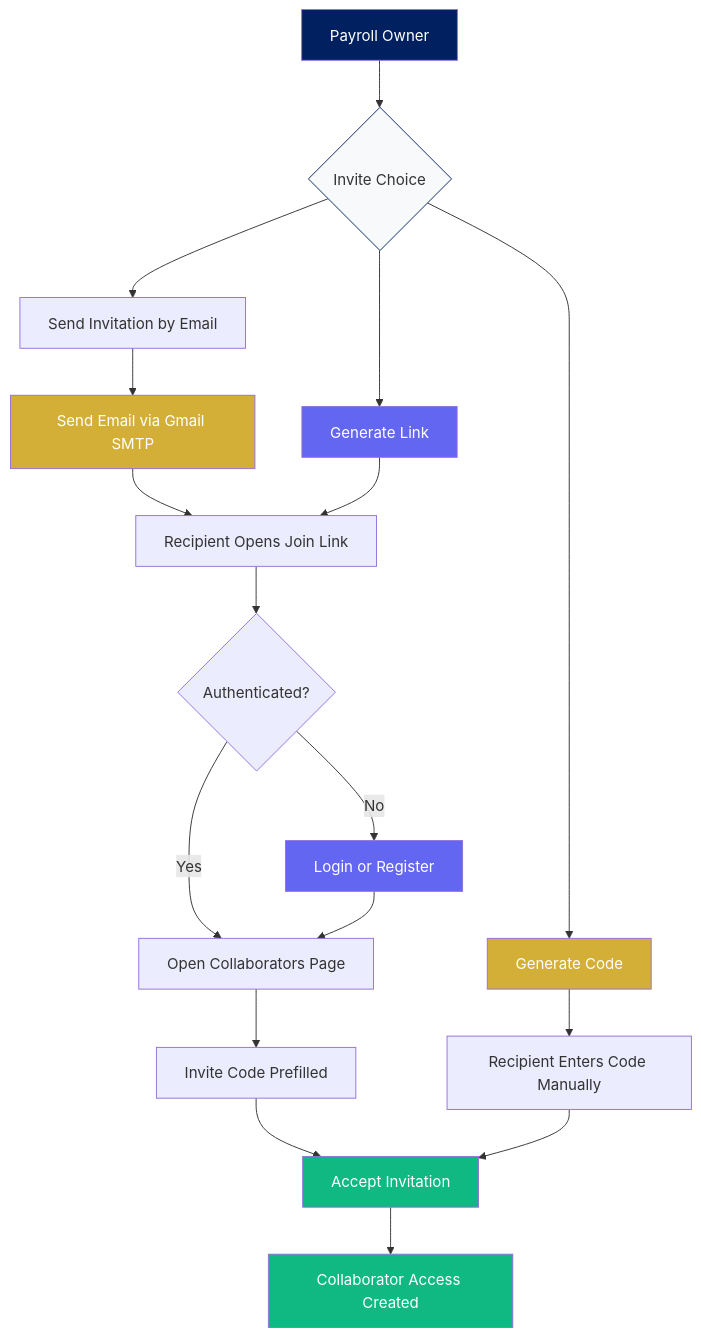
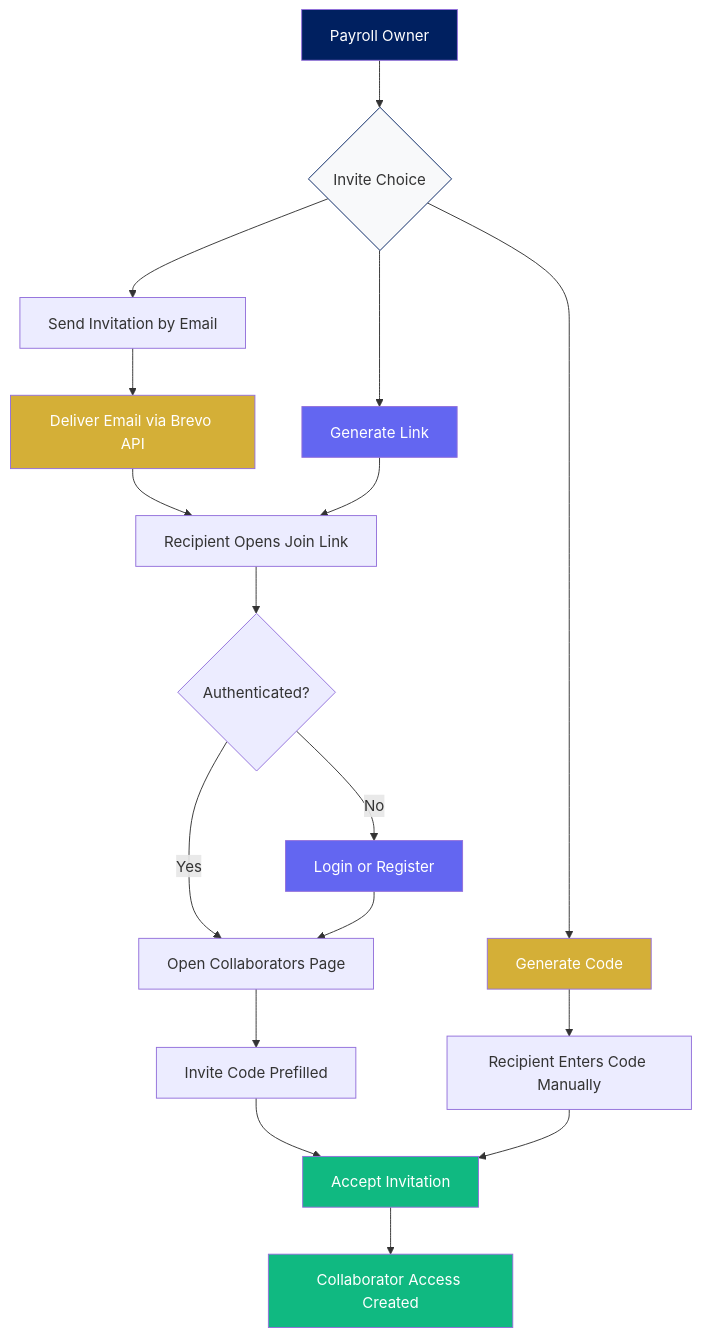
Before and after one commit to binssente-crypto/PAYROLL-DOCUMENTATION: diagram 15 of 15 in README.md, drawn with Mermaid. The commit also changed other lines of this file, not shown here.

````diff
--- a/README.md
+++ b/README.md
@@ -751,31 +751,31 @@
 ```mermaid
 flowchart TD
     OWNER[Payroll Owner] --> CHOICE{Invite Choice}
     CHOICE --> EMAIL[Send Invitation by Email]
     CHOICE --> CODE[Generate Code]
     CHOICE --> LINK[Generate Link]
 
-    EMAIL --> SEND[Send Email via Gmail SMTP]
+    EMAIL --> SEND[Deliver Email via Brevo API]
     SEND --> RECIPIENT[Recipient Opens Join Link]
     CODE --> MANUAL[Recipient Enters Code Manually]
     LINK --> RECIPIENT
 
     RECIPIENT --> AUTH{Authenticated?}
     AUTH -- Yes --> COLLAB[Open Collaborators Page]
     AUTH -- No --> LOGIN[Login or Register]
     LOGIN --> COLLAB
 
     COLLAB --> PREFILL[Invite Code Prefilled]
     PREFILL --> ACCEPT[Accept Invitation]
     MANUAL --> ACCEPT
     ACCEPT --> ACCESS[Collaborator Access Created]
 
     style OWNER fill:#002060,color:#fff
     style CHOICE fill:#f8f9fa,stroke:#002060
     style CODE fill:#D4AF37,color:#fff
     style LINK fill:#6366f1,color:#fff
     style SEND fill:#D4AF37,color:#fff
     style LOGIN fill:#6366f1,color:#fff
     style ACCEPT fill:#10b981,color:#fff
     style ACCESS fill:#10b981,color:#fff
 ```
````
